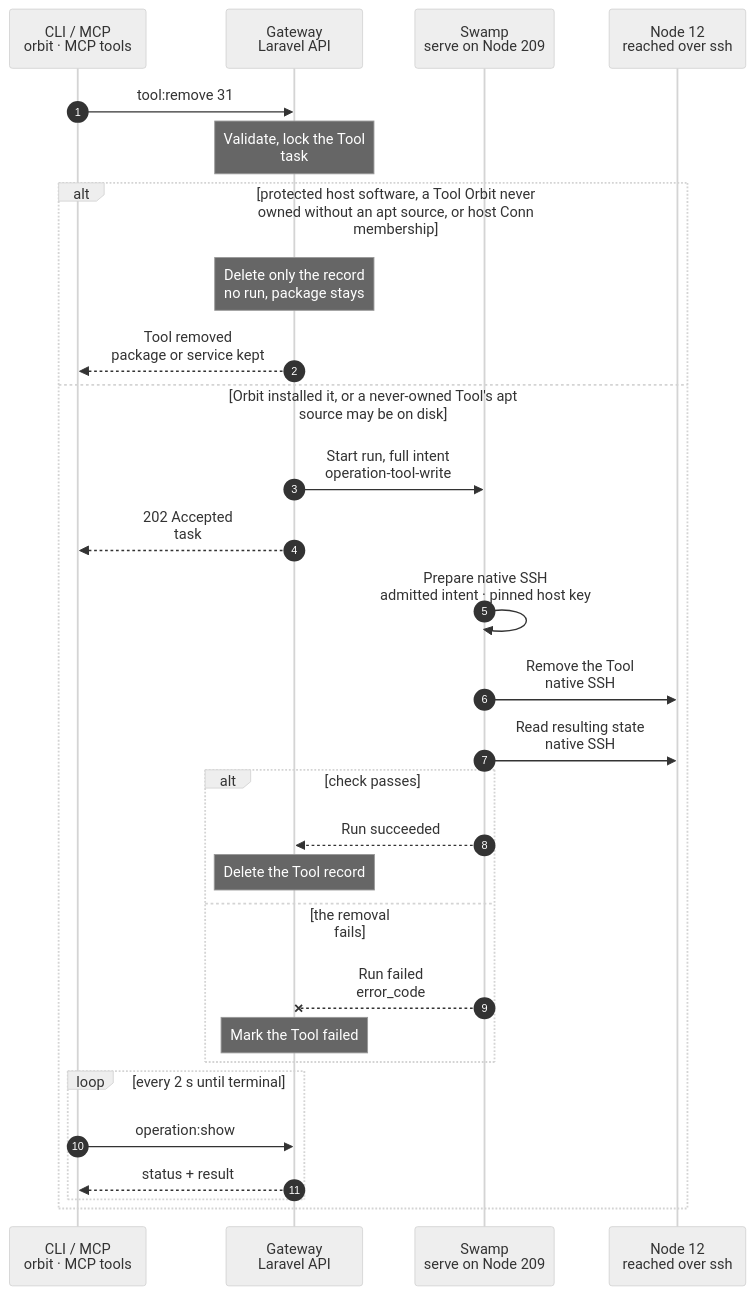
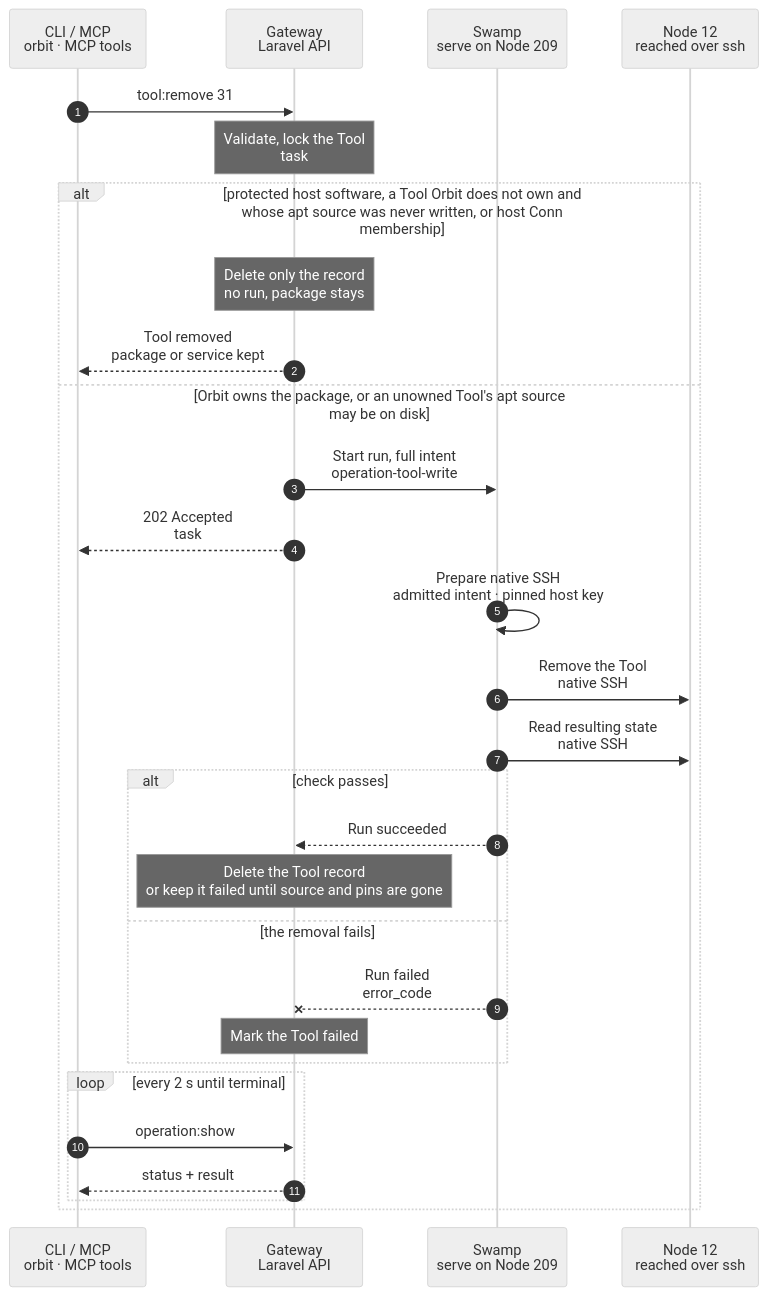
Before and after one commit to hardimpactdev/orbit: the diagram in docs/cli/tool/remove.mmd, drawn with Mermaid (neutral theme). The commit also changed 30 other files, not shown here.

```diff
--- a/docs/cli/tool/remove.mmd
+++ b/docs/cli/tool/remove.mmd
@@ -1,50 +1,50 @@
 sequenceDiagram
   %% docs/reference/tools.md#remove-a-tool. R1: a record-only change starts no run.
   %% status: draft
   %% command: tool:remove
   %% kind: tool.remove
   autonumber
   %% lane CLI icon=terminal pill=caller tone=gray
   %% lane GW icon=gateway pill=intent tone=blue
   %% lane SW icon=workflow pill=executes tone=green
   %% lane N icon=server pill=target tone=amber
   participant CLI as CLI / MCP<br/>orbit · MCP tools
   participant GW as Gateway<br/>Laravel API
   participant SW as Swamp<br/>serve on Node 209
   participant N as Node 12<br/>reached over ssh
   CLI->>GW: tool:remove 31
   %%> Command:
   %%> - `orbit tool:remove 31 --yes`
   %%> - syntax: `<tool> [--yes] [--idempotency-key=KEY] [--json]`
   Note over GW: Validate, lock the Tool<br/>task #5135 · ripgrep on Node 12
-  alt protected host software, a Tool Orbit never owned without an apt source, or host Conn membership
+  alt protected host software, a Tool Orbit does not own and whose apt source was never written, or host Conn membership
     Note over GW: Delete only the record<br/>no run, package stays
     %%> Why:
     %%> - the recipe owns the package; removing it would break the role
-    %%> - a Tool owns its package only once Orbit installed, adopted or observed it for that Tool; a refused or failed retry or a sibling's repair does not change that
+    %%> - a Tool owns its package only when Orbit recorded it: a successful install, an adoption or a convergence that installed it; no failure, retry, cleanup or sibling changes that
     %%> - withdrawing a host Conn membership leaves the service running and excludes it from future release rollouts
     GW-->>CLI: Tool removed<br/>package or service kept
-  else Orbit installed it, or a never-owned Tool's apt source may be on disk
+  else Orbit owns the package, or an unowned Tool's apt source may be on disk
     GW->>SW: Start run, full intent<br/>operation-tool-write
     GW-->>CLI: 202 Accepted<br/>task #5135
     SW->>SW: Prepare native SSH<br/>admitted intent · pinned host key
     SW->>N: Remove the Tool<br/>native SSH
     %%> Scope:
     %%> - remove the apt source when no membership needs it; otherwise repin only the remaining packages
-    %%> - `package_owned: false` keeps a package Orbit never owned and cleans only its apt source or pins
+    %%> - `package_owned: false` skips the package plan, keeps the package and cleans only its apt source or pins, from the source as the Node now records it
     %%> - a removal that would also remove a held recipe package is refused
     SW->>N: Read resulting state<br/>native SSH
     alt check passes
       SW-->>GW: Run succeeded
-      Note over GW: Delete the Tool record
+      Note over GW: Delete the Tool record<br/>or keep it failed until source and pins are gone
     else the removal fails
       SW--xGW: Run failed<br/>error_code
       Note over GW: Mark the Tool failed
       %%> Retry:
       %%> - run the same command again after a fix
     end
     loop every 2 s until terminal
       CLI->>GW: operation:show #5135
       GW-->>CLI: status + result
     end
   end
```
